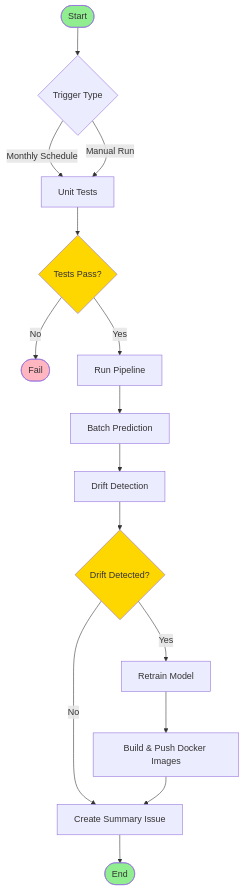
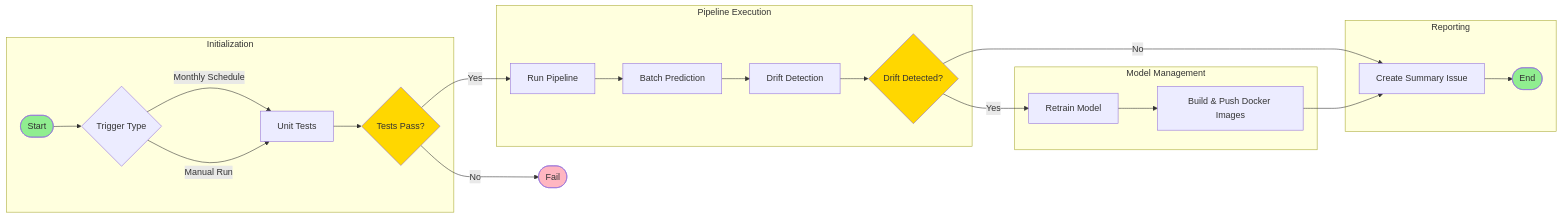
The diagram in docs/ci_cd_workflow.md (richardelchaar/Employee-Attrition-MLOps), drawn with Mermaid before and after one commit.

````diff
--- a/docs/ci_cd_workflow.md
+++ b/docs/ci_cd_workflow.md
@@ -11,28 +11,53 @@
 ```mermaid
-flowchart TD
+flowchart LR
     Start([Start]) --> Trigger{Trigger Type}
     Trigger -->|Monthly Schedule| UnitTest[Unit Tests]
     Trigger -->|Manual Run| UnitTest
     
     UnitTest --> TestResult{Tests Pass?}
     TestResult -->|No| Fail([Fail])
     TestResult -->|Yes| Pipeline[Run Pipeline]
     
     Pipeline --> BatchPred[Batch Prediction]
     BatchPred --> DriftCheck[Drift Detection]
     
     DriftCheck --> DriftResult{Drift Detected?}
     DriftResult -->|No| CreateIssue[Create Summary Issue]
     DriftResult -->|Yes| Retrain[Retrain Model]
     
     Retrain --> DockerBuild[Build & Push Docker Images]
     DockerBuild --> CreateIssue
     
     CreateIssue --> End([End])
     
     style Start fill:#90EE90
     style End fill:#90EE90
     style Fail fill:#FFB6C1
     style DriftResult fill:#FFD700
     style TestResult fill:#FFD700
+
+    %% Add subgraphs for better organization
+    subgraph "Initialization"
+        Start
+        Trigger
+        UnitTest
+        TestResult
+    end
+
+    subgraph "Pipeline Execution"
+        Pipeline
+        BatchPred
+        DriftCheck
+        DriftResult
+    end
+
+    subgraph "Model Management"
+        Retrain
+        DockerBuild
+    end
+
+    subgraph "Reporting"
+        CreateIssue
+        End
+    end
 ```
````
